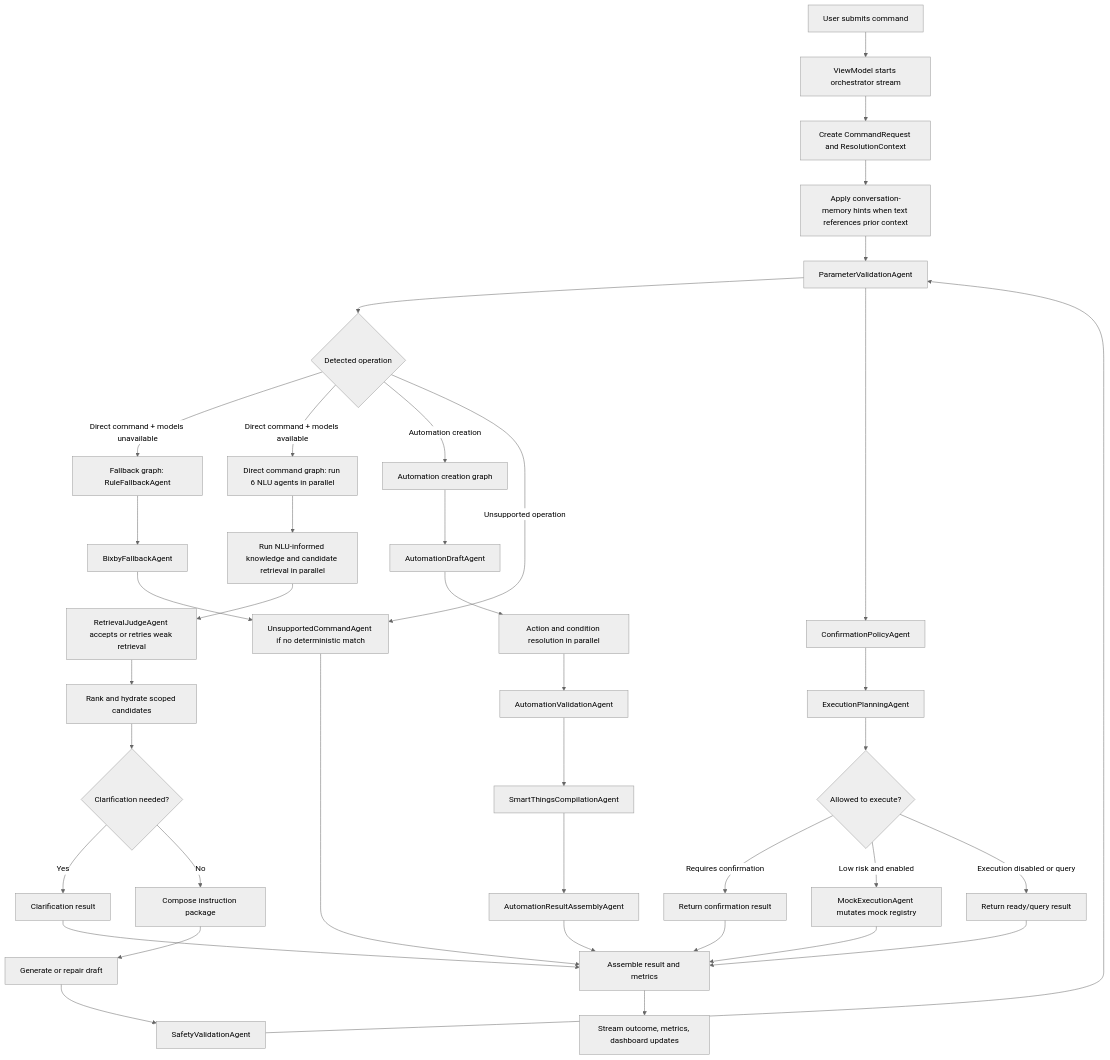
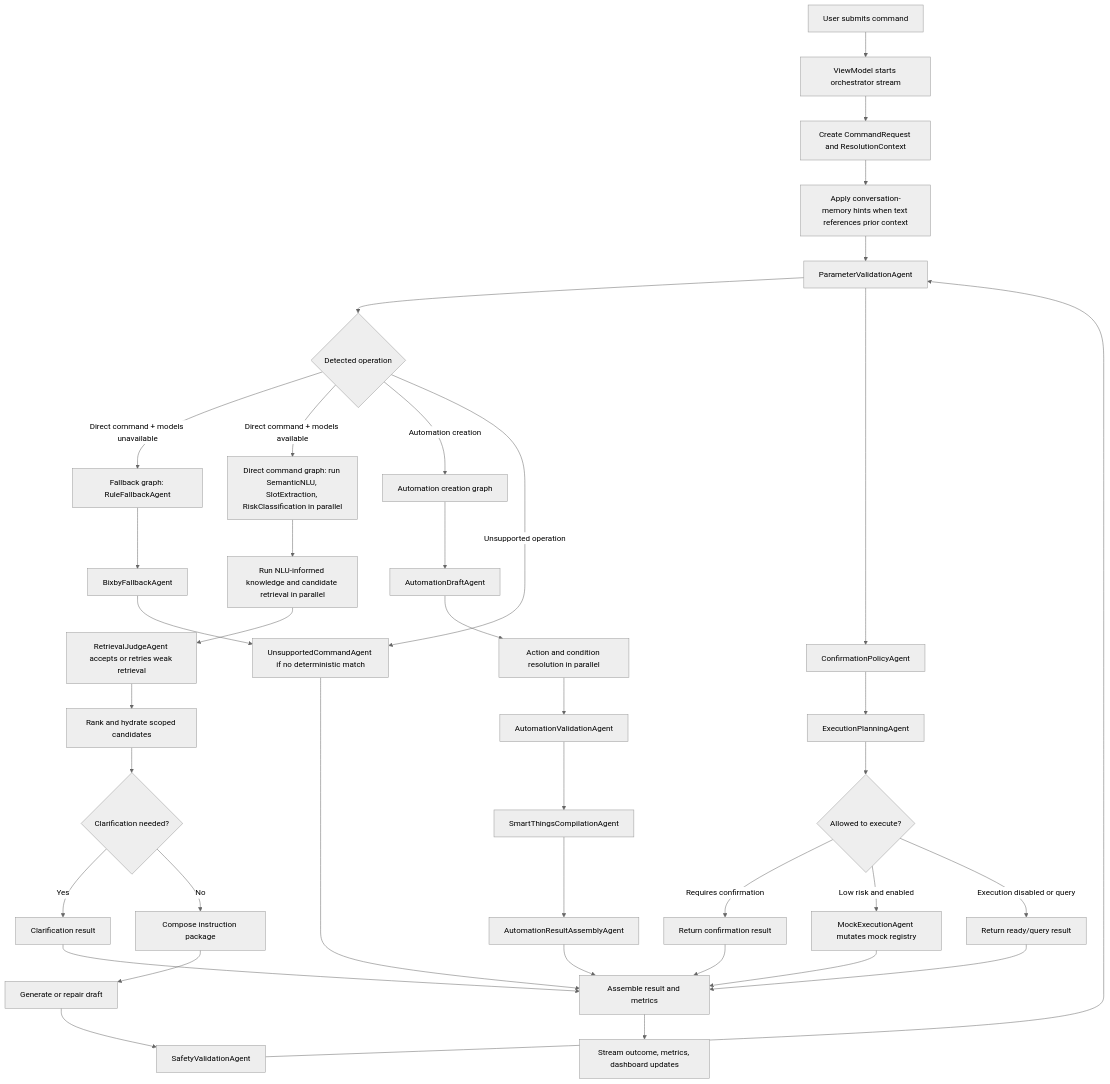
Before and after one commit to ksypinro/HomeAutomation: the second of 3 diagrams in README.md, drawn with Mermaid (neutral theme). The commit also changed other lines of this file and 45 other files, not shown here.

````diff
--- a/README.md
+++ b/README.md
@@ -134,45 +132,45 @@
 ```mermaid
 flowchart TD
     A["User submits command"] --> B["ViewModel starts orchestrator stream"]
     B --> C["Create CommandRequest and ResolutionContext"]
     C --> D["Apply conversation-memory hints when text references prior context"]
     D --> R["Root command graph: OperationDetectionAgent"]
     R --> E{"Detected operation"}
 
     E -->|Direct command + models unavailable| F["Fallback graph: RuleFallbackAgent"]
     F --> G["BixbyFallbackAgent"]
     G --> H["UnsupportedCommandAgent if no deterministic match"]
 
-    E -->|Direct command + models available| I["Direct command graph: run 6 NLU agents in parallel"]
+    E -->|Direct command + models available| I["Direct command graph: run SemanticNLU, SlotExtraction, RiskClassification in parallel"]
     I --> J["Run NLU-informed knowledge and candidate retrieval in parallel"]
     J --> K["RetrievalJudgeAgent accepts or retries weak retrieval"]
     K --> L["Rank and hydrate scoped candidates"]
     L --> M{"Clarification needed?"}
     M -->|Yes| N["Clarification result"]
     M -->|No| O["Compose instruction package"]
     O --> P["Generate or repair draft"]
     P --> Q["SafetyValidationAgent"]
     Q --> R["ParameterValidationAgent"]
     R --> S["ConfirmationPolicyAgent"]
     S --> T["ExecutionPlanningAgent"]
     T --> U{"Allowed to execute?"}
     U -->|Requires confirmation| V["Return confirmation result"]
     U -->|Low risk and enabled| W["MockExecutionAgent mutates mock registry"]
     U -->|Execution disabled or query| X["Return ready/query result"]
 
     E -->|Automation creation| AA["Automation creation graph"]
     AA --> AB["AutomationDraftAgent"]
     AB --> AC["Action and condition resolution in parallel"]
     AC --> AD["AutomationValidationAgent"]
     AD --> AE["SmartThingsCompilationAgent"]
     AE --> AF["AutomationResultAssemblyAgent"]
 
     E -->|Unsupported operation| H
     H --> Y["Assemble result and metrics"]
     N --> Y
     V --> Y
     W --> Y
     X --> Y
     AF --> Y
     Y --> Z["Stream outcome, metrics, dashboard updates"]
 ```
````
